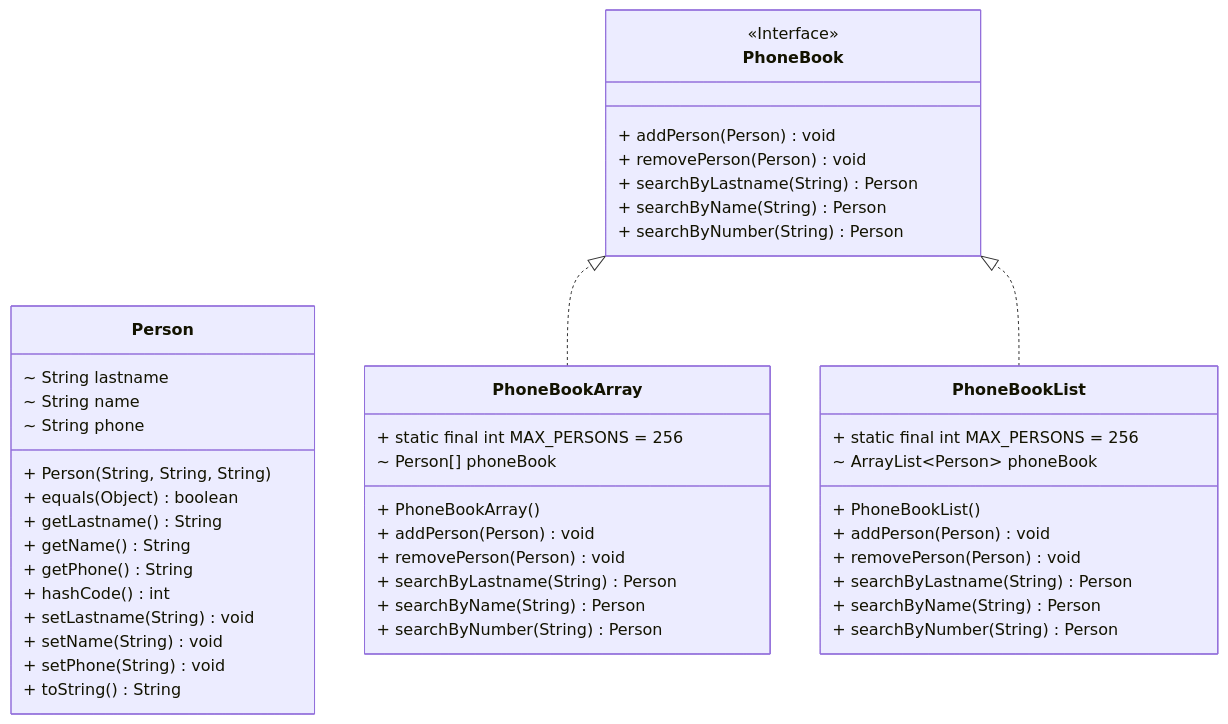
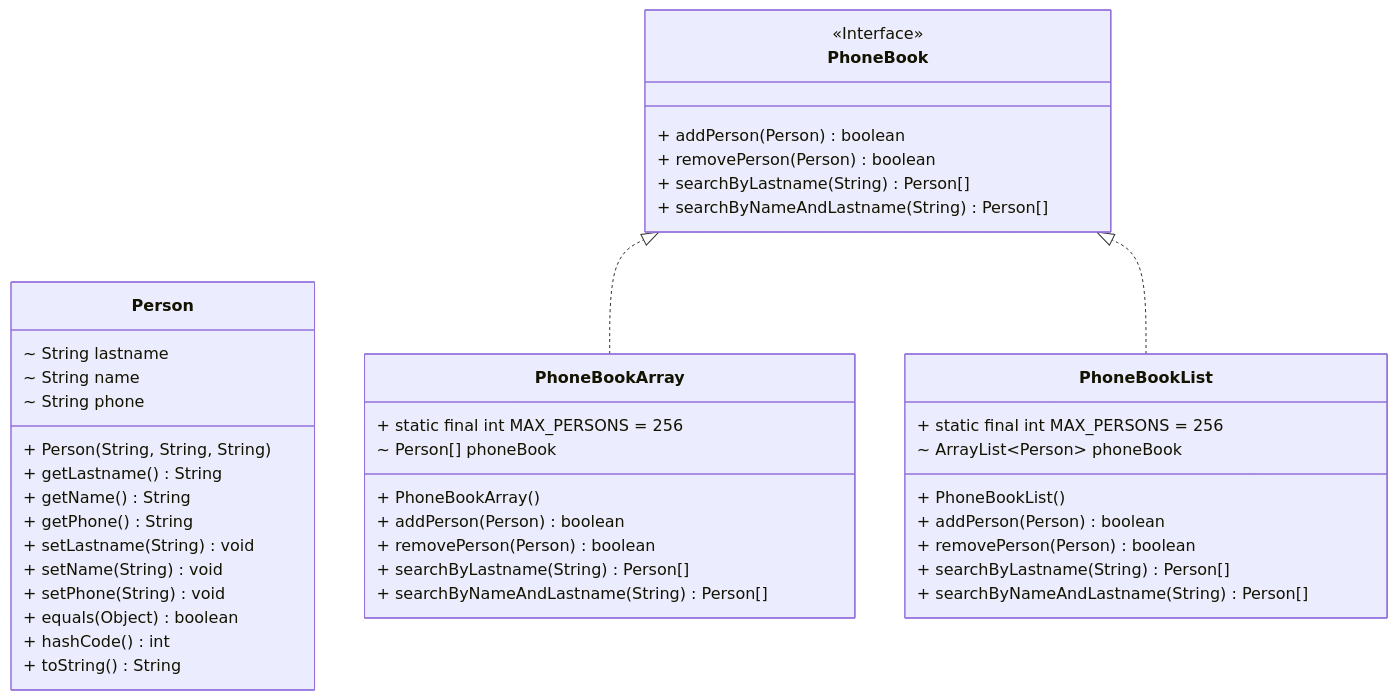
Before and after one commit to nbicocchi/learn-java-core: the ninth of 13 diagrams in src/main/java/com/nbicocchi/exercises/oop/README.md, drawn with Mermaid. The commit also changed other lines of this file and 4 other files, not shown here.

````diff
--- a/src/main/java/com/nbicocchi/exercises/oop/README.md
+++ b/src/main/java/com/nbicocchi/exercises/oop/README.md
@@ -292,49 +292,46 @@
 ```mermaid
 classDiagram
 direction BT
 class Person {
   ~ String lastname
   ~ String name
   ~ String phone
   + Person(String, String, String) 
-  + equals(Object) boolean
   + getLastname() String
   + getName() String
   + getPhone() String
-  + hashCode() int
   + setLastname(String) void
   + setName(String) void
   + setPhone(String) void
+  + equals(Object) boolean
+  + hashCode() int
   + toString() String
 }
 class PhoneBook {
   <<Interface>>
-  + addPerson(Person) void
-  + removePerson(Person) void
-  + searchByLastname(String) Person
-  + searchByName(String) Person
-  + searchByNumber(String) Person
+  + addPerson(Person) boolean
+  + removePerson(Person) boolean
+  + searchByLastname(String) Person[]
+  + searchByNameAndLastname(String) Person[]
 }
 class PhoneBookArray {
   + static final int MAX_PERSONS = 256
   ~ Person[] phoneBook
   + PhoneBookArray() 
-  + addPerson(Person) void
-  + removePerson(Person) void
-  + searchByLastname(String) Person
-  + searchByName(String) Person
-  + searchByNumber(String) Person
+  + addPerson(Person) boolean
+  + removePerson(Person) boolean
+  + searchByLastname(String) Person[]
+  + searchByNameAndLastname(String) Person[]
 }
 class PhoneBookList {
   + static final int MAX_PERSONS = 256
   ~ ArrayList~Person~ phoneBook
   + PhoneBookList() 
-  + addPerson(Person) void
-  + removePerson(Person) void
-  + searchByLastname(String) Person
-  + searchByName(String) Person
-  + searchByNumber(String) Person
+  + addPerson(Person) boolean
+  + removePerson(Person) boolean
+  + searchByLastname(String) Person[]
+  + searchByNameAndLastname(String) Person[]
 }
 PhoneBookArray  ..|>  PhoneBook 
 PhoneBookList  ..|>  PhoneBook 
 ```
````
